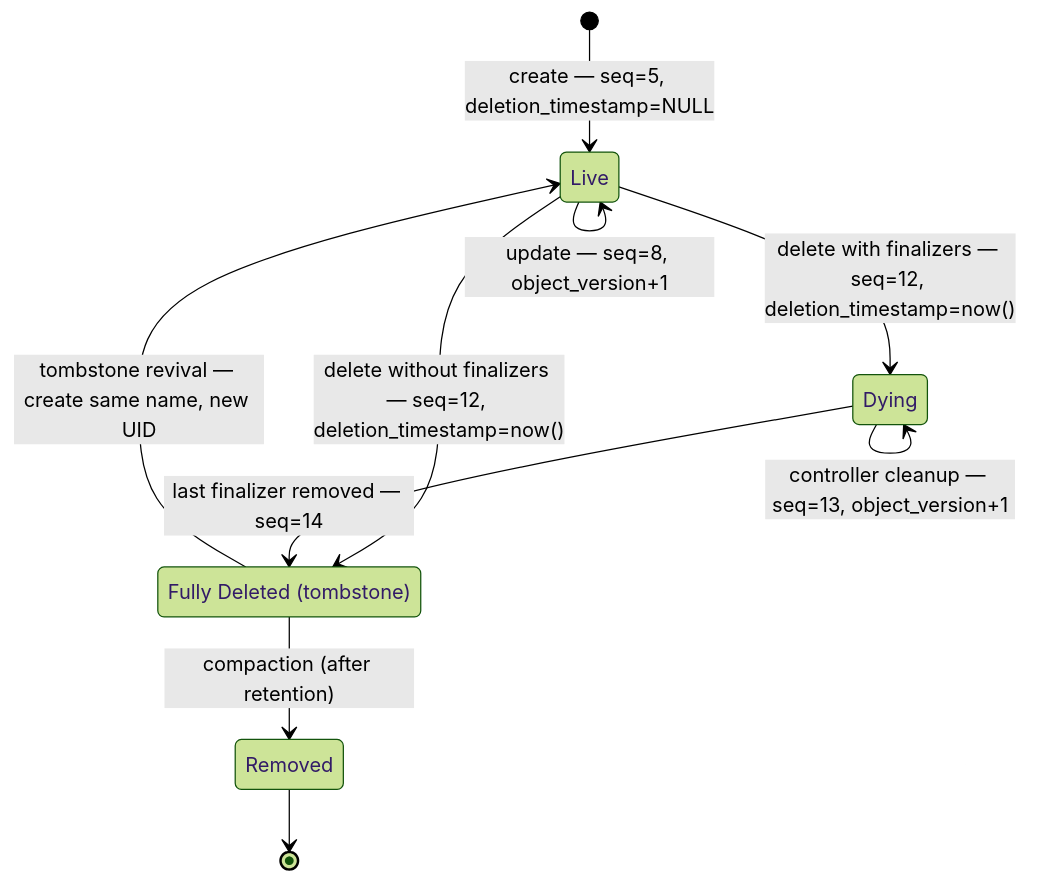
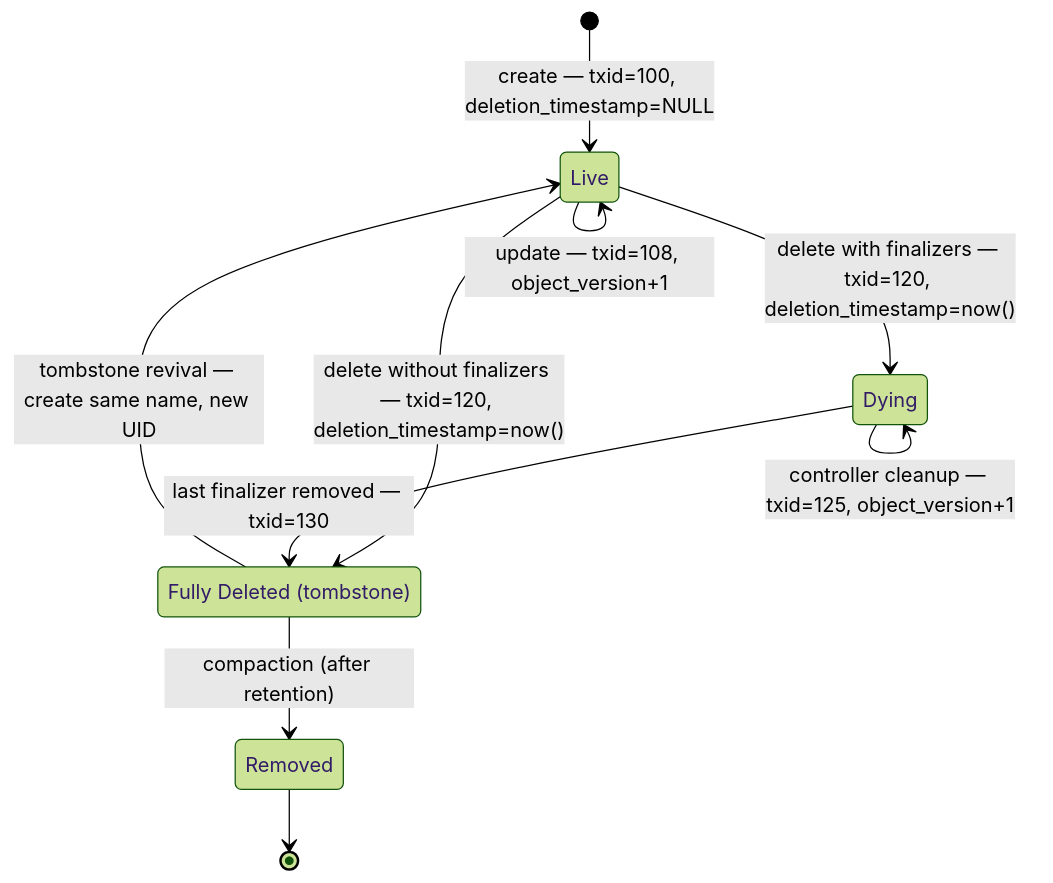
Before and after one commit to jmelis/postgres-controller-backend: the third of 4 diagrams in WALKTHROUGH.md, drawn with Mermaid (forest theme). The commit also changed other lines of this file and 96 other files, not shown here.

````diff
--- a/WALKTHROUGH.md
+++ b/WALKTHROUGH.md
@@ -356,14 +349,14 @@
 ```mermaid
 stateDiagram-v2
-    [*] --> Live: create — seq=5, deletion_timestamp=NULL
-    Live --> Live: update — seq=8, object_version+1
-    Live --> Dying: delete with finalizers — seq=12, deletion_timestamp=now()
-    Live --> FullyDeleted: delete without finalizers — seq=12, deletion_timestamp=now()
-    Dying --> Dying: controller cleanup — seq=13, object_version+1
-    Dying --> FullyDeleted: last finalizer removed — seq=14
+    [*] --> Live: create — txid=100, deletion_timestamp=NULL
+    Live --> Live: update — txid=108, object_version+1
+    Live --> Dying: delete with finalizers — txid=120, deletion_timestamp=now()
+    Live --> FullyDeleted: delete without finalizers — txid=120, deletion_timestamp=now()
+    Dying --> Dying: controller cleanup — txid=125, object_version+1
+    Dying --> FullyDeleted: last finalizer removed — txid=130
     FullyDeleted --> Live: tombstone revival — create same name, new UID
     FullyDeleted --> Removed: compaction (after retention)
     Removed --> [*]
 
     state "Fully Deleted (tombstone)" as FullyDeleted
 ```
````
